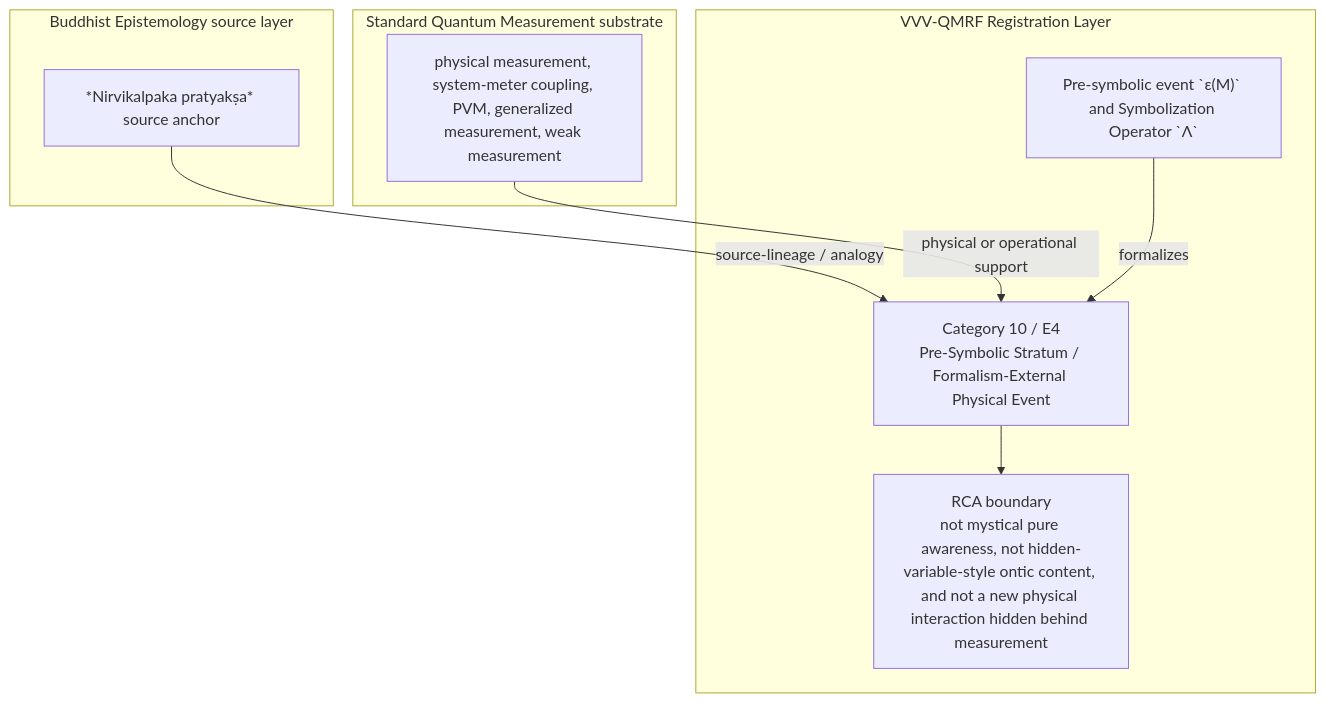
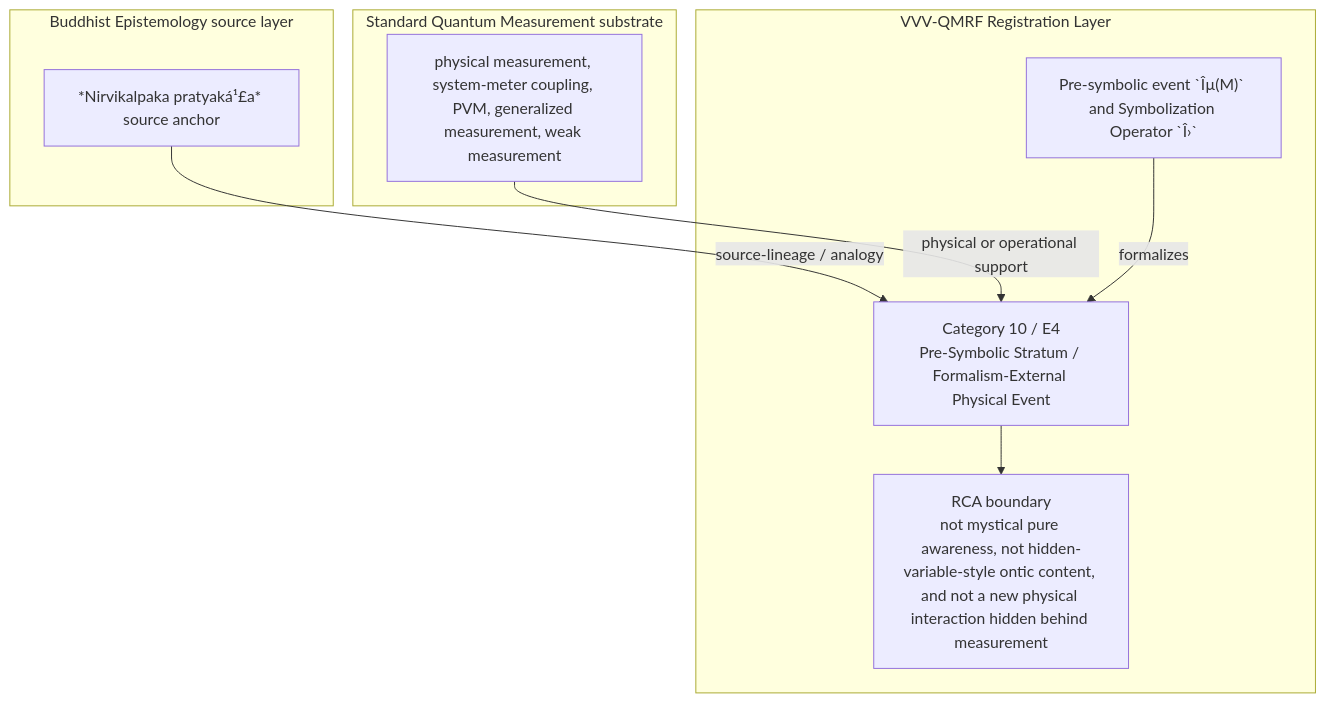
The diagram in documents/research_documents/category/vvv_qmrf_category_10_e04_pre_symbolic_stratum.md (AIhugART/VVV-QMRF-VietVunVut-Quantum-Measurement-Registration-Framework), drawn with Mermaid before and after one commit. The commit also changed other lines of this file and 51 other files, not shown here.

````diff
--- a/documents/research_documents/category/vvv_qmrf_category_10_e04_pre_symbolic_stratum.md
+++ b/documents/research_documents/category/vvv_qmrf_category_10_e04_pre_symbolic_stratum.md
@@ -260,21 +260,21 @@
 ```mermaid
 flowchart TD
     subgraph BE["Buddhist Epistemology source layer"]
-        BE1["*Nirvikalpaka pratyakṣa* source anchor"]
+        BE1["*Nirvikalpaka pratyaká¹£a* source anchor"]
     end
 
     subgraph QM["Standard Quantum Measurement substrate"]
         QM1["physical measurement, system-meter coupling, PVM, generalized measurement, weak measurement"]
     end
 
     subgraph VVV["VVV-QMRF Registration Layer"]
         CAT["Category 10 / E4<br/>Pre-Symbolic Stratum / Formalism-External Physical Event"]
-        SYM["Pre-symbolic event `ε(M)` and Symbolization Operator `Λ`"]
+        SYM["Pre-symbolic event `Îµ(M)` and Symbolization Operator `Î›`"]
         BOUND["RCA boundary<br/>not mystical pure awareness, not hidden-variable-style ontic content, and not a new physical interaction hidden behind measurement"]
     end
 
     BE1 -->|"source-lineage / analogy"| CAT
     QM1 -->|"physical or operational support"| CAT
     SYM -->|"formalizes"| CAT
     CAT --> BOUND
 ```
````
